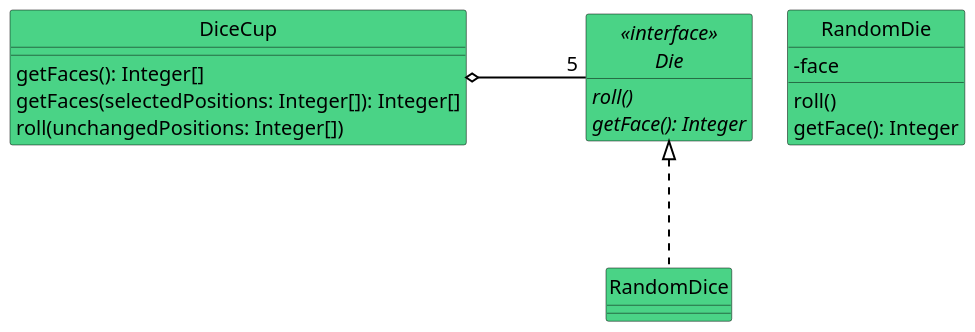
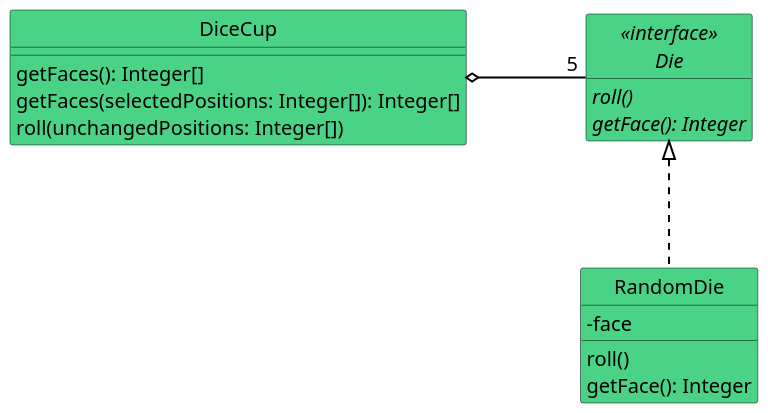
The second of 3 diagrams in src/main/asciidoc/assignment.adoc (uhafner/java2-assignment4), drawn with PlantUML before and after one commit. The commit also changed other lines of this file and 24 other files, not shown here.

```diff
--- a/src/main/asciidoc/assignment.adoc
+++ b/src/main/asciidoc/assignment.adoc
@@ -292,47 +300,47 @@
 [plantuml]
 ----
 @startuml
 
 skinparam class {
   BackgroundColor #4AD386
   BorderColor #a0a0a0
   BackgroundColor<<Main>> gold
   BorderColor black
   ArrowColor black
   FontName  Arial Unicode MS
   FontSize 20
 }
 
 skinparam classFontSize 24
 skinparam classAttributeIconSize 0
 skinparam defaultFontSize 20
 
 skinparam ArrowColor black
 skinparam ArrowThickness 2
 
 hide circle
 
 interface Die <<interface>>  {
     {abstract} roll()
     {abstract} getFace(): Integer
 }
 
 hide Die fields
 
 class RandomDie {
     -face
     roll()
     getFace(): Integer
 }
 
 class DiceCup {
     getFaces(): Integer[]
     getFaces(selectedPositions: Integer[]): Integer[]
     roll(unchangedPositions: Integer[])
 }
 
-Die <|... RandomDice
+Die <|... RandomDie
 DiceCup o- "5" Die :\t\t
 
 @enduml
 ----
```
